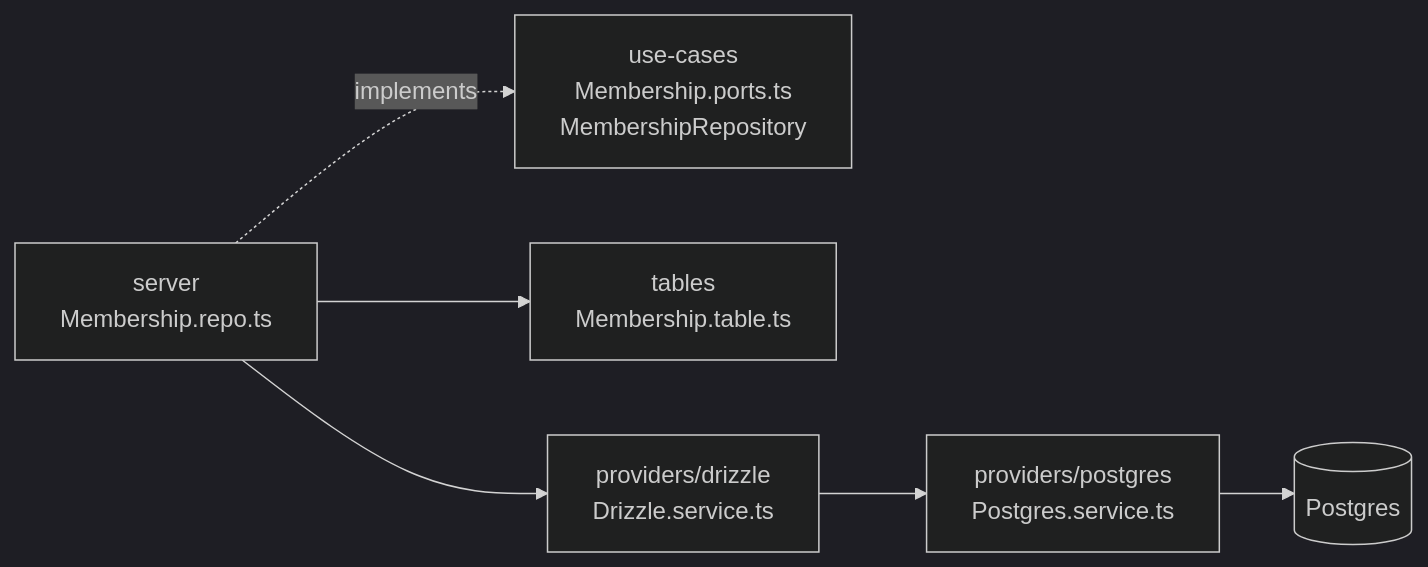
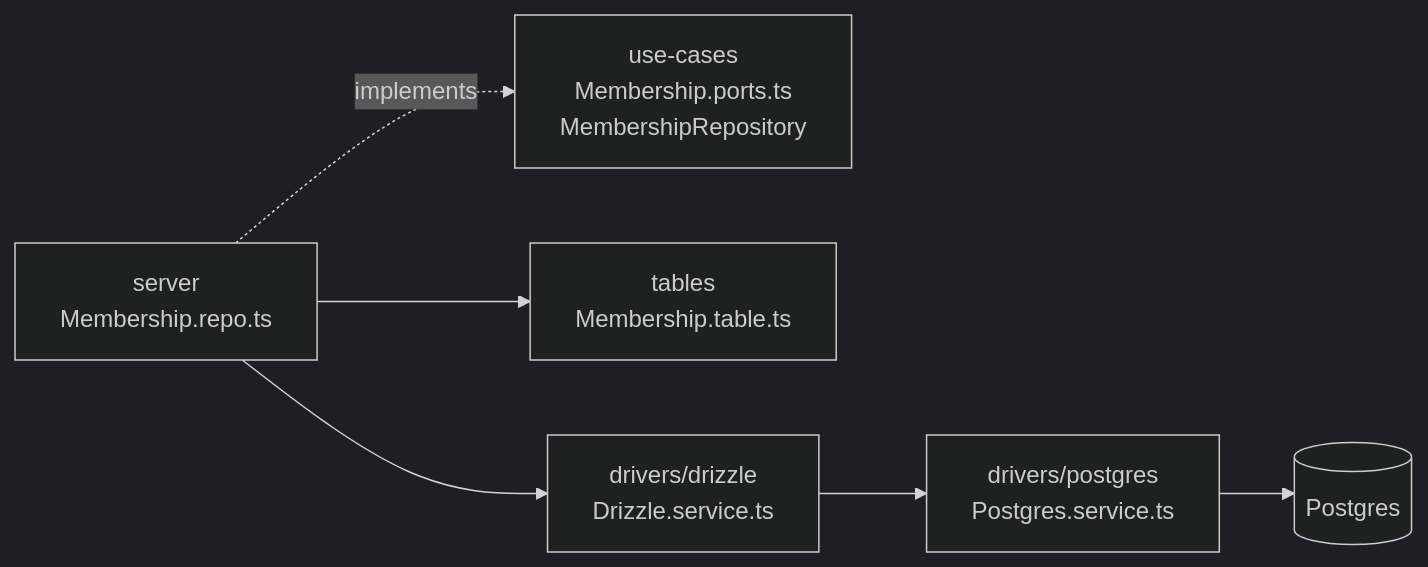
Before and after one commit to kriegcloud/beep-effect: the third of 6 diagrams in standards/ARCHITECTURE.md, drawn with Mermaid (dark theme). The commit also changed other lines of this file and 12 other files, not shown here.

````diff
--- a/standards/ARCHITECTURE.md
+++ b/standards/ARCHITECTURE.md
@@ -698,15 +970,15 @@
 ```mermaid
 flowchart LR
   usecases["use-cases\nMembership.ports.ts\nMembershipRepository"]
   server["server\nMembership.repo.ts"]
   tables["tables\nMembership.table.ts"]
-  drizzle["providers/drizzle\nDrizzle.service.ts"]
-  postgres["providers/postgres\nPostgres.service.ts"]
+  drizzle["drivers/drizzle\nDrizzle.service.ts"]
+  postgres["drivers/postgres\nPostgres.service.ts"]
   db[("Postgres")]
 
   server -. "implements" .-> usecases
   server --> tables
   server --> drizzle
   drizzle --> postgres
   postgres --> db
 ```
````
